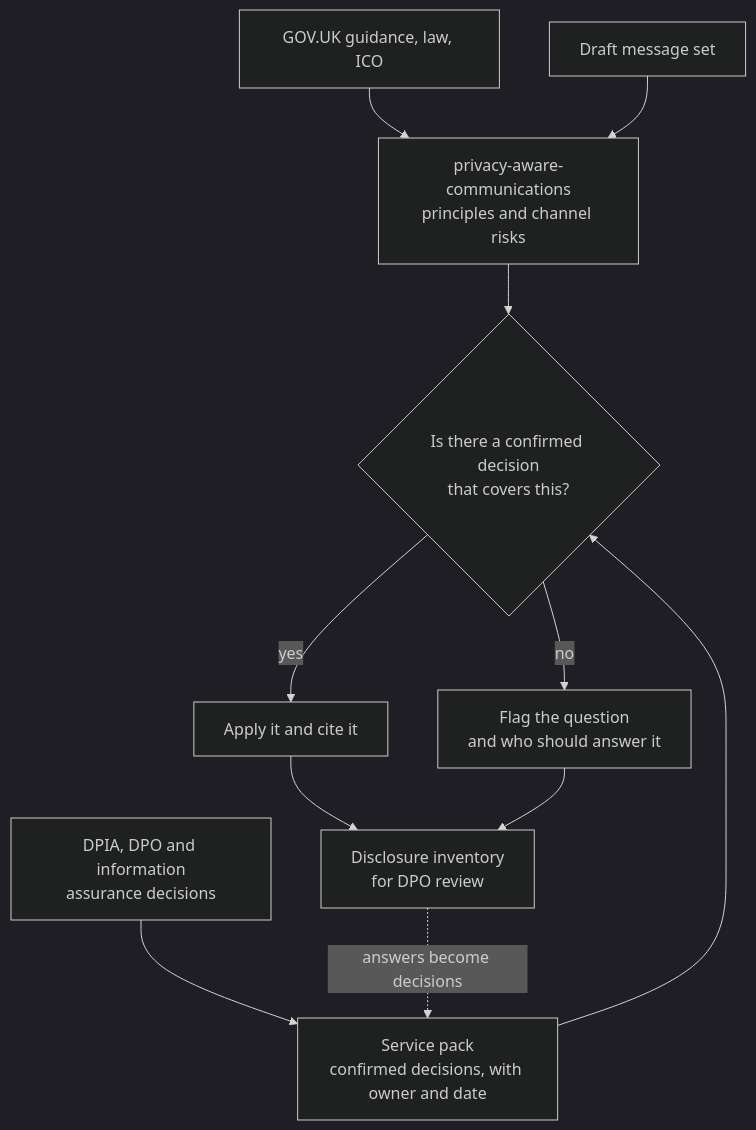
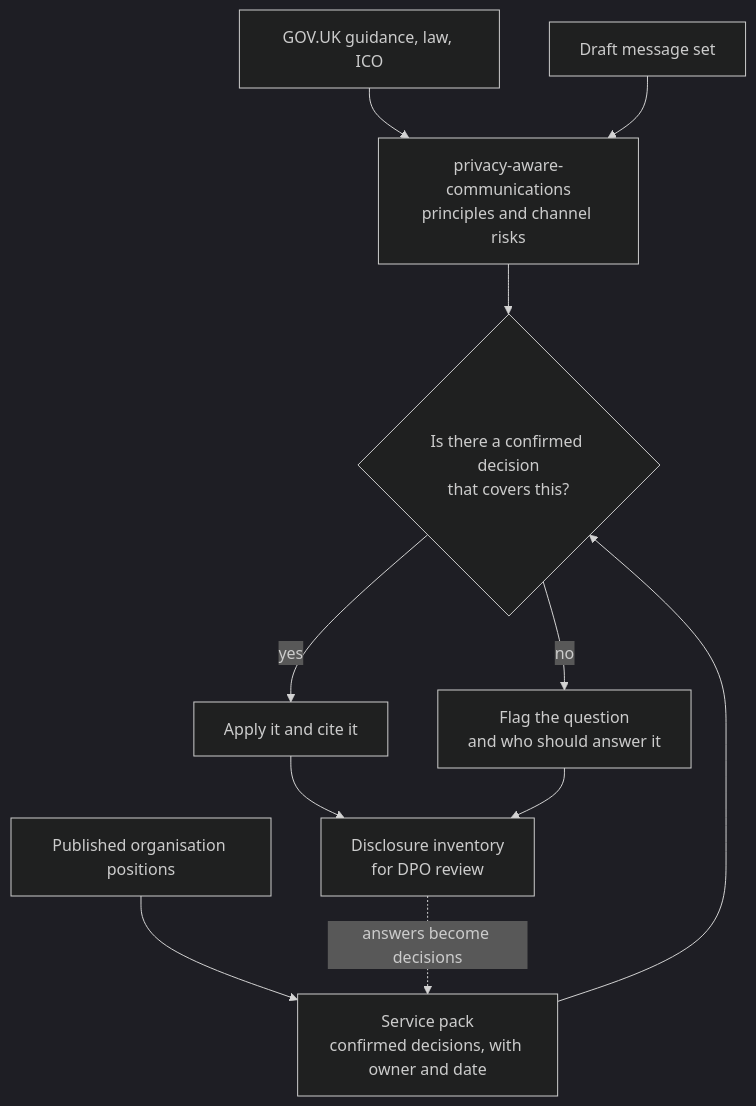
Before and after one commit to strachcity/gov-communication-skills: the fifth of 5 diagrams in ARCHITECTURE.md, drawn with Mermaid (dark theme). The commit also changed other lines of this file and 11 other files, not shown here.

````diff
--- a/ARCHITECTURE.md
+++ b/ARCHITECTURE.md
@@ -224,13 +229,13 @@
 ```mermaid
 flowchart TB
     L["GOV.UK guidance, law, ICO"] --> P["privacy-aware-communications<br/>principles and channel risks"]
-    D["DPIA, DPO and information<br/>assurance decisions"] --> SP["Service pack<br/>confirmed decisions, with owner and date"]
+    D["Published organisation positions"] --> SP["Service pack<br/>confirmed decisions, with owner and date"]
     M["Draft message set"] --> P
     P --> Q{"Is there a confirmed decision<br/>that covers this?"}
     SP --> Q
     Q -- "yes" --> A["Apply it and cite it"]
     Q -- "no" --> F["Flag the question<br/>and who should answer it"]
     A --> I["Disclosure inventory<br/>for DPO review"]
     F --> I
     I -. "answers become decisions" .-> SP
 ```
````
